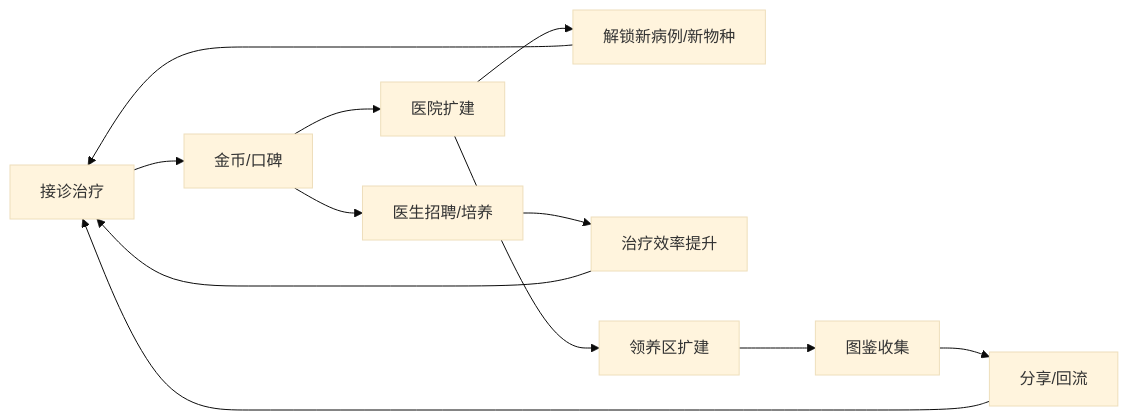
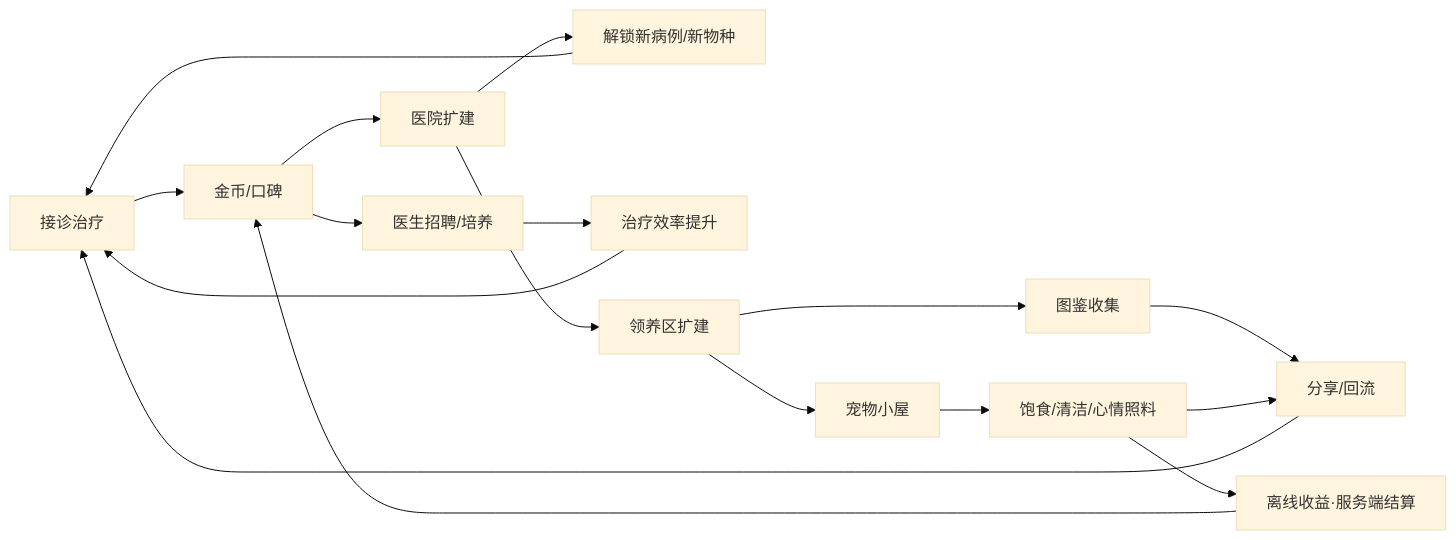
The diagram in docs/plan/07-长线经营与数值节奏.md (fog-dong/Pet), drawn with Mermaid (base theme) before and after one commit. The commit also changed other lines of this file, not shown here.

````diff
--- a/docs/plan/07-长线经营与数值节奏.md
+++ b/docs/plan/07-长线经营与数值节奏.md
@@ -31,14 +31,19 @@
 ```mermaid
 flowchart LR
     A[接诊治疗] --> B[金币/口碑]
     B --> C[医院扩建]
     C --> D[解锁新病例/新物种]
     D --> A
     B --> E[医生招聘/培养]
     E --> F[治疗效率提升]
     F --> A
     C --> G[领养区扩建]
     G --> H[图鉴收集]
     H --> I[分享/回流]
     I --> A
+    G --> J[宠物小屋]
+    J --> K[饱食/清洁/心情照料]
+    K --> L[离线收益·服务端结算]
+    L --> B
+    K --> I
 ```
````
